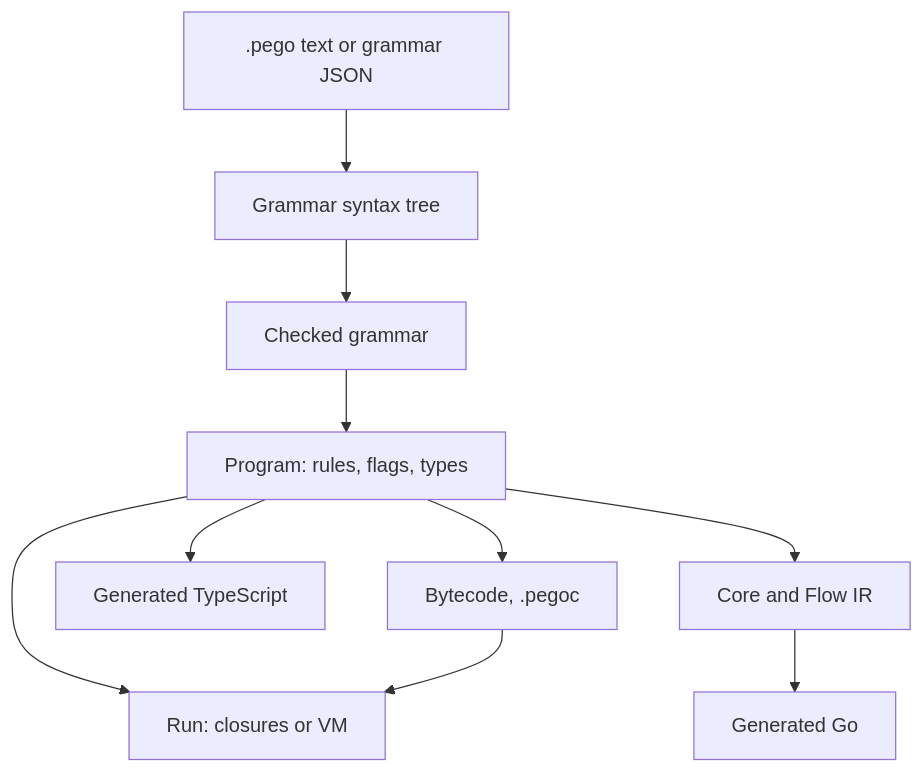
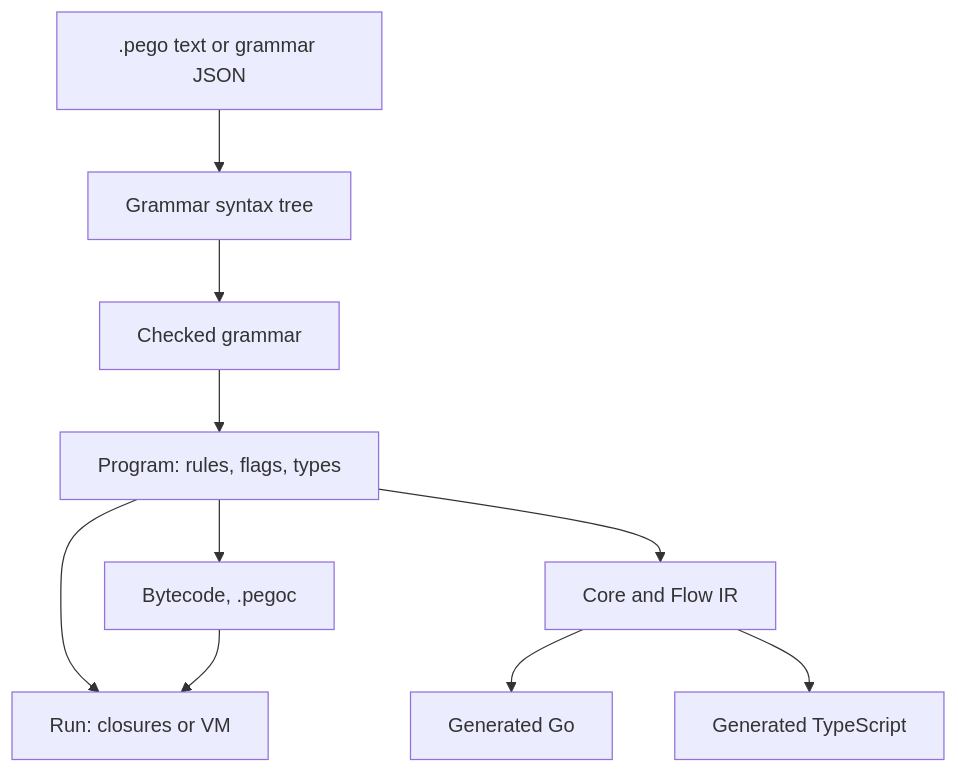
The first of 2 diagrams in docs/design/architecture.md (ornew/pego), drawn with Mermaid before and after one commit. The commit also changed 1 other file, not shown here.

Commit message:
Describe the TypeScript generator's use of Flow IR
The page on Core and Flow IR said that generated TypeScript reads the
grammar or the compiled rules directly, and the architecture diagram
drew TypeScript as fed by the program alone. The TypeScript generator
prints the matching code of every rule from Flow IR, in the Node table
and in the recognizer table, including the skip, operand and operator
lines of an Operators Rule, and it fails the generation for a rule that
Flow IR does not cover. Only the actions and predicates, which print
from grammar terms, and the rule table, the typed declarations and the
runtime come from elsewhere.

The section on how targets use the result now says so, and the diagram
draws generated TypeScript after Core and Flow IR, like generated Go.

````diff
--- a/docs/design/architecture.md
+++ b/docs/design/architecture.md
@@ -15,12 +15,12 @@
 ```mermaid
 flowchart TD
   src[".pego text or grammar JSON"] --> ast["Grammar syntax tree"]
   ast --> chk["Checked grammar"]
   chk --> prog["Program: rules, flags, types"]
   prog --> run["Run: closures or VM"]
   prog --> ir["Core and Flow IR"]
   ir --> gen["Generated Go"]
-  prog --> ts["Generated TypeScript"]
+  ir --> ts["Generated TypeScript"]
   prog --> bc["Bytecode, .pegoc"]
   bc --> run
 ```
````
